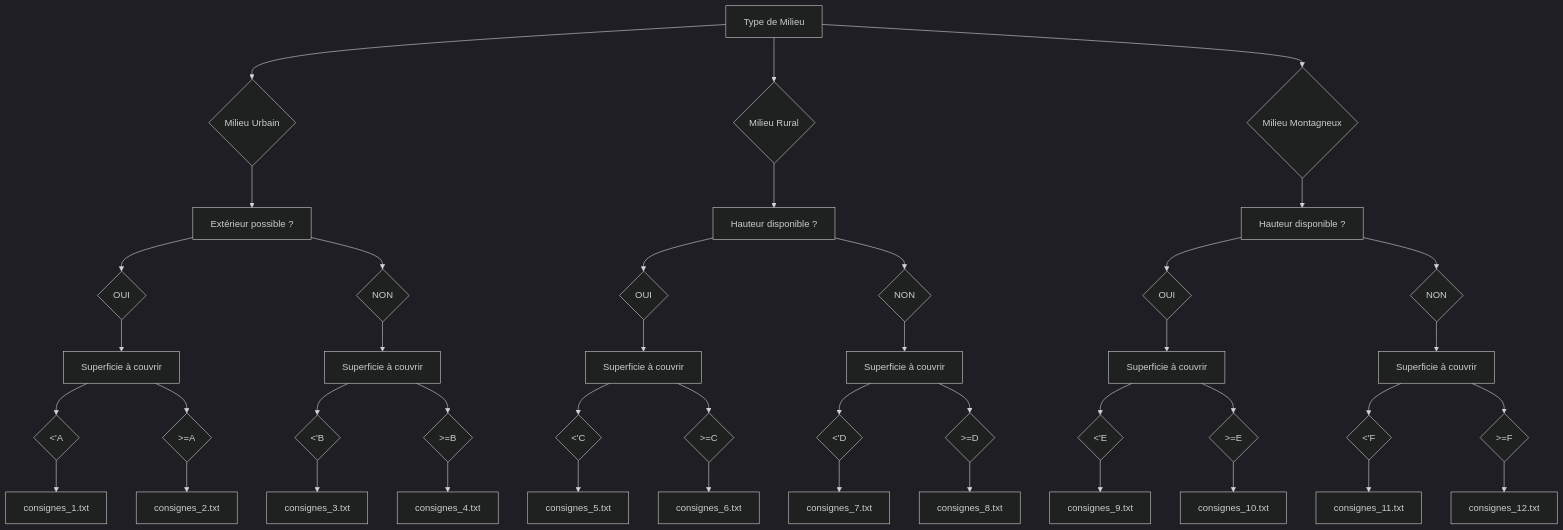
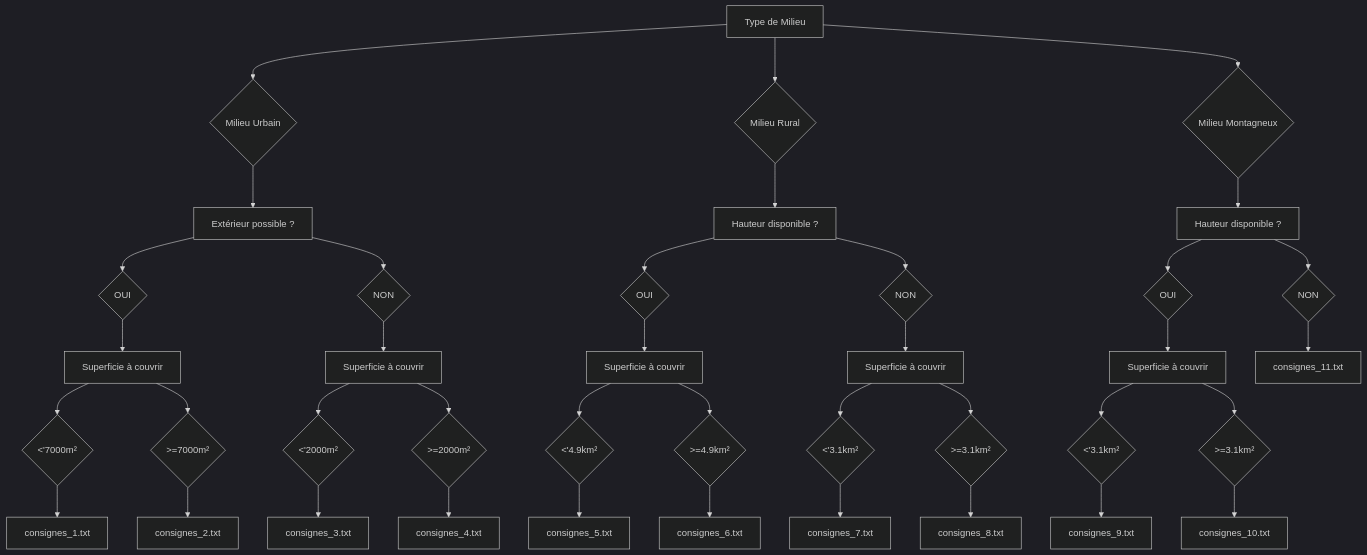
Before and after one commit to WaltZOO/Disaster-Networking: the diagram in src/decision_tree/decision_tree.md, drawn with Mermaid (dark theme).

Commit message:
decision tree updated with area size

```diff
--- a/src/decision_tree/decision_tree.md
+++ b/src/decision_tree/decision_tree.md
@@ -37,27 +37,23 @@
     SuperficieRuralExt["Superficie à couvrir"]
     SuperficieRuralInt["Superficie à couvrir"]
     SuperficieMontExt["Superficie à couvrir"]
-    SuperficieMontInt["Superficie à couvrir"]
 
     ExtOui --> SuperficieUrbExt
     ExtNon --> SuperficieUrbInt
     HautRuralOui --> SuperficieRuralExt
     HautRuralNon --> SuperficieRuralInt
     HautMontOui --> SuperficieMontExt
-    HautMontNon --> SuperficieMontInt
 
-    TaillePetiteUrbExt{"<'A"}
-    TailleGrandeUrbExt{">=A"}
-    TaillePetiteUrbInt{"<'B"}
-    TailleGrandeUrbInt{">=B"}
-    TaillePetiteRuralExt{"<'C"}
-    TailleGrandeRuralExt{">=C"}
-    TaillePetiteRuralInt{"<'D"}
-    TailleGrandeRuralInt{">=D"}
-    TaillePetiteMontExt{"<'E"}
-    TailleGrandeMontExt{">=E"}
-    TaillePetiteMontInt{"<'F"}
-    TailleGrandeMontInt{">=F"}
+    TaillePetiteUrbExt{"<'7000m²"}
+    TailleGrandeUrbExt{">=7000m²"}
+    TaillePetiteUrbInt{"<'2000m²"}
+    TailleGrandeUrbInt{">=2000m²"}
+    TaillePetiteRuralExt{"<'4.9km²"}
+    TailleGrandeRuralExt{">=4.9km²"}
+    TaillePetiteRuralInt{"<'3.1km²"}
+    TailleGrandeRuralInt{">=3.1km²"}
+    TaillePetiteMontExt{"<'3.1km²"}
+    TailleGrandeMontExt{">=3.1km²"}
 
     SuperficieUrbExt --> TaillePetiteUrbExt
     SuperficieUrbExt --> TailleGrandeUrbExt
@@ -69,8 +65,6 @@
     SuperficieRuralInt --> TailleGrandeRuralInt
     SuperficieMontExt --> TaillePetiteMontExt
     SuperficieMontExt --> TailleGrandeMontExt
-    SuperficieMontInt --> TaillePetiteMontInt
-    SuperficieMontInt --> TailleGrandeMontInt
 
     TaillePetiteUrbExt --> Consignes1["consignes_1.txt"]
     TailleGrandeUrbExt --> Consignes2["consignes_2.txt"]
@@ -82,8 +76,7 @@
     TailleGrandeRuralInt --> Consignes8["consignes_8.txt"]
     TaillePetiteMontExt --> Consignes9["consignes_9.txt"]
     TailleGrandeMontExt --> Consignes10["consignes_10.txt"]
-    TaillePetiteMontInt --> Consignes11["consignes_11.txt"]
-    TailleGrandeMontInt --> Consignes12["consignes_12.txt"]
+    HautMontNon --> Consignes11["consignes_11.txt"]
 
 
 
```
